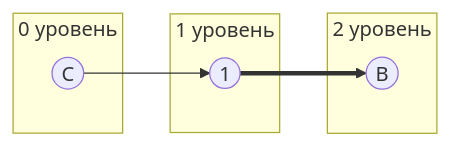
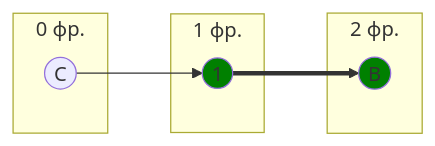
Before and after one commit to algos-ris-24-3/manual-tasks: the third of 14 diagrams in Задание 8/task8.md, drawn with Mermaid. The commit also changed other lines of this file, not shown here.

````diff
--- a/Задание 8/task8.md
+++ b/Задание 8/task8.md
@@ -156,14 +156,16 @@
 ```mermaid
 graph LR
-    subgraph "0 уровень"
+    subgraph "0 фр."
         C((C))
     end
-    subgraph "1 уровень"
-        n1((1))
+    subgraph "1 фр."
+        1((1))
     end
-    subgraph "2 уровень"
+    subgraph "2 фр."
         B((B))
     end
+    C --> 1 ==> B
 
-    C --> n1 ==> B
+    style 1 fill:#008000
+    style B fill:#008000
 ```
````
